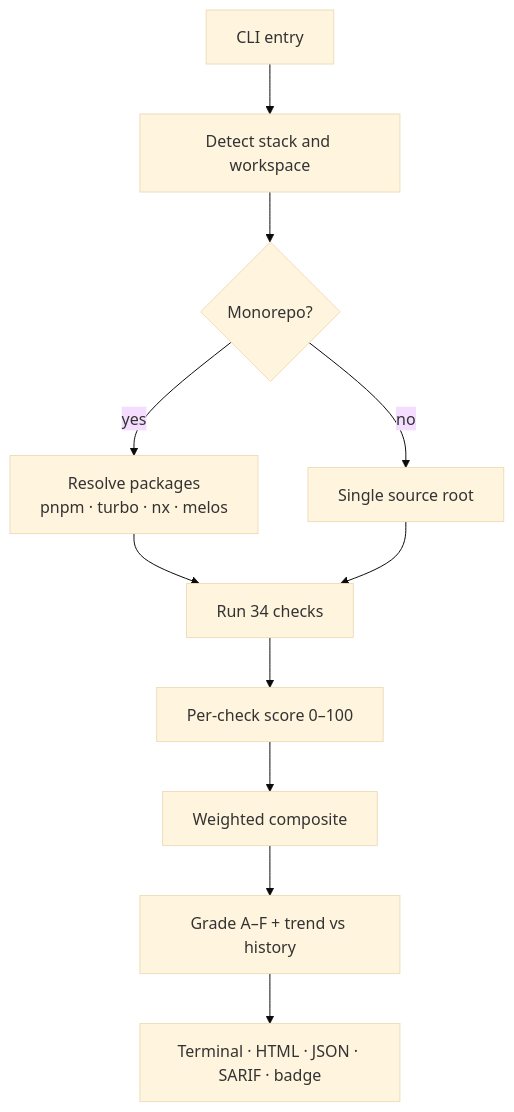
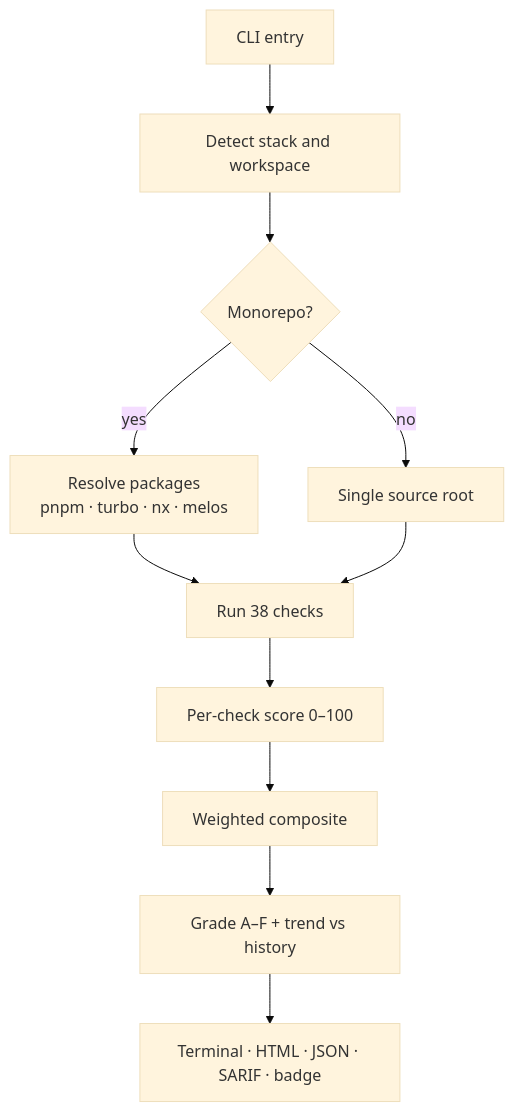
The first of 3 diagrams in docs/docs/architecture.md (vibecodeqa/vibecodeqa), drawn with Mermaid (base theme) before and after one commit. The commit also changed other lines of this file and 6 other files, not shown here.

````diff
--- a/docs/docs/architecture.md
+++ b/docs/docs/architecture.md
@@ -11,13 +11,13 @@
 ```mermaid
 flowchart TD
   A[CLI entry] --> B[Detect stack and workspace]
   B --> C{Monorepo?}
   C -->|yes| D[Resolve packages<br/>pnpm · turbo · nx · melos]
   C -->|no| E[Single source root]
-  D --> F[Run 34 checks]
+  D --> F[Run 38 checks]
   E --> F
   F --> G[Per-check score 0–100]
   G --> H[Weighted composite]
   H --> I[Grade A–F + trend vs history]
   I --> J[Terminal · HTML · JSON · SARIF · badge]
 ```
````
